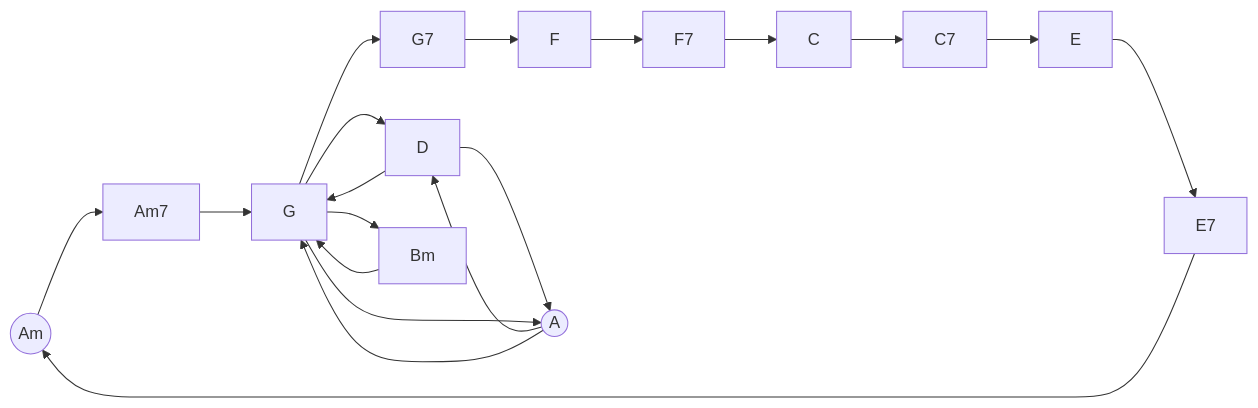
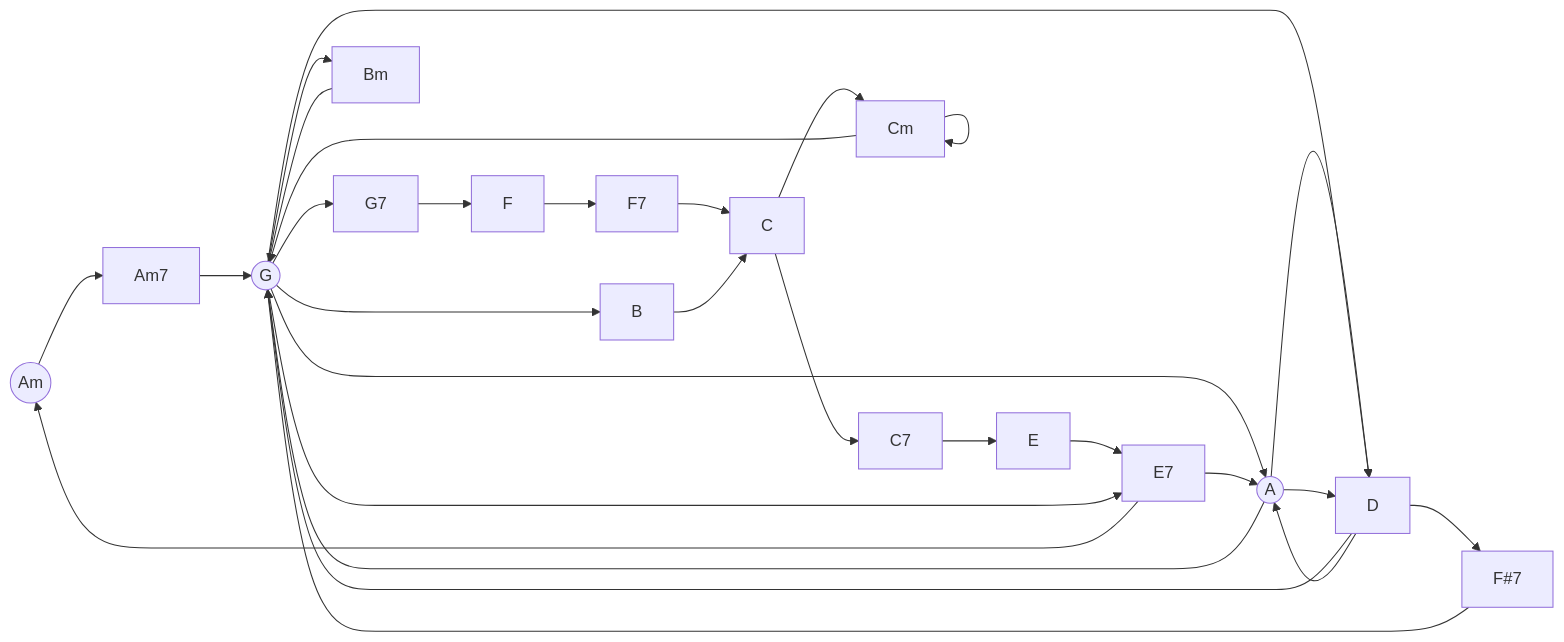
Before and after one commit to sedwardsmarsh/favorite-chords: the diagram in README.md, drawn with Mermaid.

Commit message:
fixed progression in Sitting Waiting Wishing, added creep

````diff
--- a/README.md
+++ b/README.md
@@ -3,28 +3,38 @@
 ```mermaid
-graph LR;
+flowchart LR;
     %% All starting chords will have a circle shape
 
-    %%subgraph Jack Johnson - Sitting Waiting Wishing
-        Am((Am))-->Am7
-        Am7-->G
-        G-->G7
-        G7-->F
-        F-->F7
-        F7-->C
-        C-->C7
-        C7-->E
-        E-->E7
-        E7-->Am
-    %%end
+    %% Jack Johnson - Sitting Waiting Wishing
+    Am((Am))-->Am7
+    Am7-->G
+    G-->G7
+    G7-->F
+    F-->F7
+    F7-->C
+    C-->C7
+    C7-->E
+    E-->E7
+    E7-->Am
     
-    %%subgraph Ashley Eriksson - Island Song
-        A((A))-->D
-        D-->G
-        G-->Bm
-        D-->A
-        A-->G
-        Bm-->G
-        G-->D
-        G-->A
-    %%end
+    %% Ashley Eriksson - Island Song
+    A((A))-->D
+    D-->G
+    G-->Bm
+    D-->A
+    A-->G
+    Bm-->G
+    G-->D
+    G-->A
+    A-->D
+    D-->F#7
+    F#7-->G
+    G-->E7
+    E7-->A
+
+    %% Radiohead - Creep
+    G((G))-->B
+    B-->C
+    C-->Cm
+    Cm-->Cm
+    Cm-->G
 ```
````
